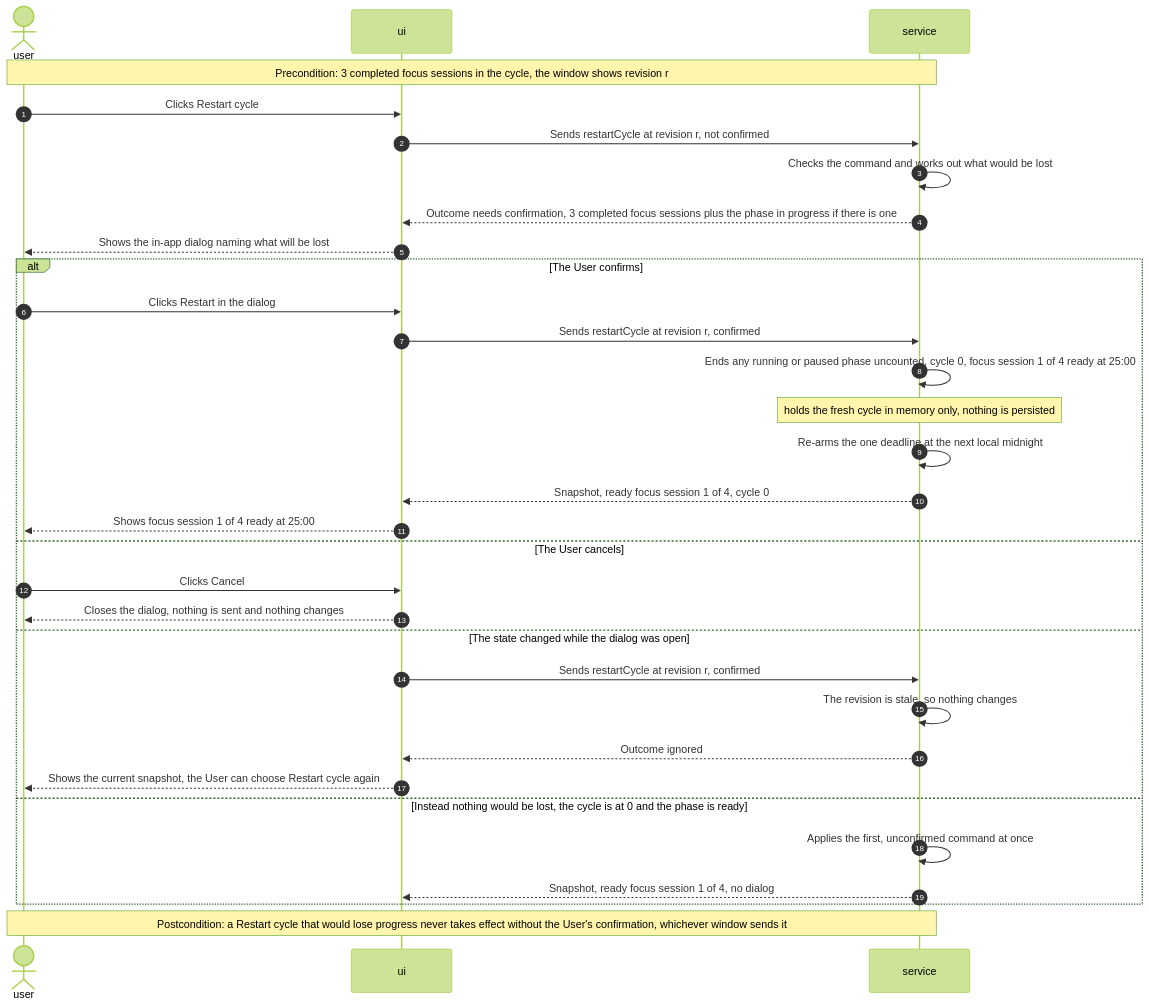
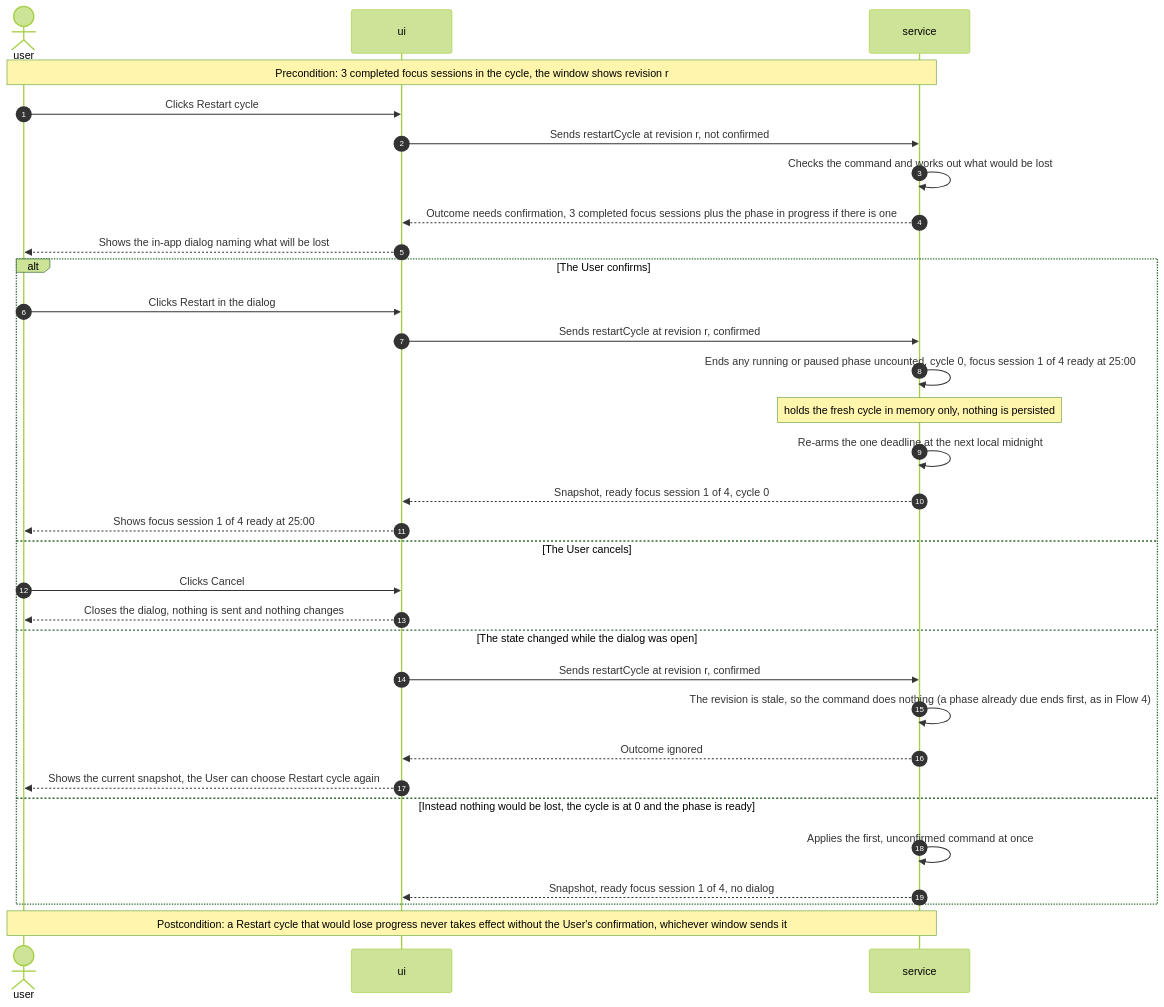
Before and after one commit to vasiliy017/pomodoro-timer: the ninth of 11 diagrams in docs/features/focus-timer-core/sad.md, drawn with Mermaid (forest theme). The commit also changed other lines of this file and 5 other files, not shown here.

First line of the commit message:
docs(focus-timer-core): document that an ignored command can first settle a phase that is already due

````diff
--- a/docs/features/focus-timer-core/sad.md
+++ b/docs/features/focus-timer-core/sad.md
@@ -455,34 +463,34 @@
 ```mermaid
 sequenceDiagram
     autonumber
     actor U as user
     participant UI as ui
     participant S as service
     Note over U,S: Precondition: 3 completed focus sessions in the cycle, the window shows revision r
     U->>UI: Clicks Restart cycle
     UI->>S: Sends restartCycle at revision r, not confirmed
     S->>S: Checks the command and works out what would be lost
     S-->>UI: Outcome needs confirmation, 3 completed focus sessions plus the phase in progress if there is one
     UI-->>U: Shows the in-app dialog naming what will be lost
     alt The User confirms
         U->>UI: Clicks Restart in the dialog
         UI->>S: Sends restartCycle at revision r, confirmed
         S->>S: Ends any running or paused phase uncounted, cycle 0, focus session 1 of 4 ready at 25:00
         Note over S: holds the fresh cycle in memory only, nothing is persisted
         S->>S: Re-arms the one deadline at the next local midnight
         S-->>UI: Snapshot, ready focus session 1 of 4, cycle 0
         UI-->>U: Shows focus session 1 of 4 ready at 25:00
     else The User cancels
         U->>UI: Clicks Cancel
         UI-->>U: Closes the dialog, nothing is sent and nothing changes
     else The state changed while the dialog was open
         UI->>S: Sends restartCycle at revision r, confirmed
-        S->>S: The revision is stale, so nothing changes
+        S->>S: The revision is stale, so the command does nothing (a phase already due ends first, as in Flow 4)
         S-->>UI: Outcome ignored
         UI-->>U: Shows the current snapshot, the User can choose Restart cycle again
     else Instead nothing would be lost, the cycle is at 0 and the phase is ready
         S->>S: Applies the first, unconfirmed command at once
         S-->>UI: Snapshot, ready focus session 1 of 4, no dialog
     end
     Note over U,S: Postcondition: a Restart cycle that would lose progress never takes effect without the User's confirmation, whichever window sends it
 ```
````
